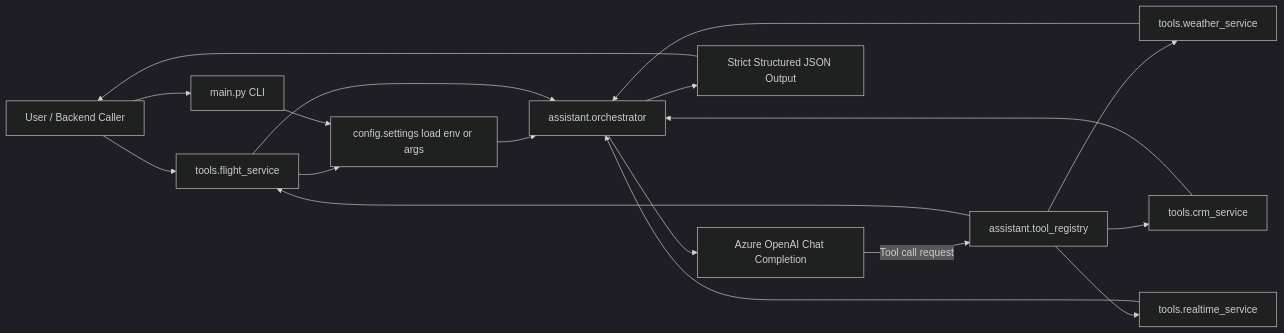
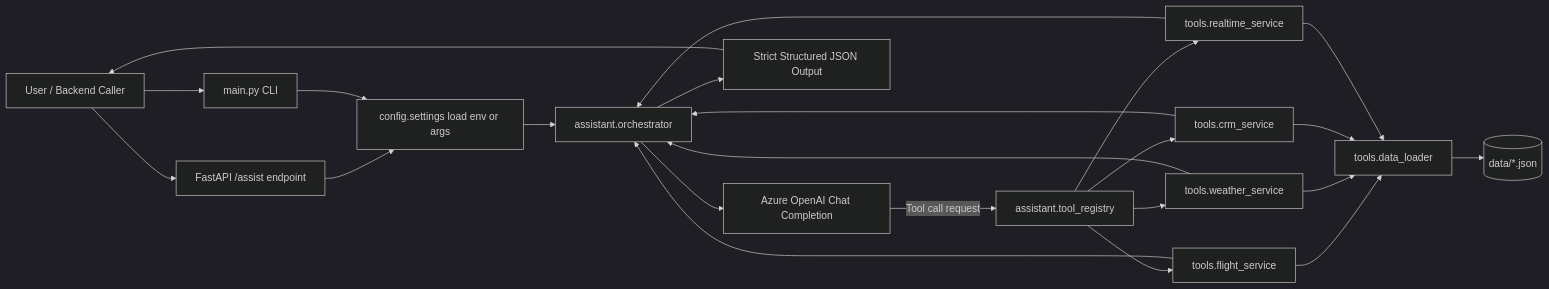
Before and after one commit to scgiri/azure-ai-assistant: the diagram in docs/ARCHITECTURE.md, drawn with Mermaid (dark theme). The commit also changed other lines of this file and 4 other files, not shown here.

````diff
--- a/docs/ARCHITECTURE.md
+++ b/docs/ARCHITECTURE.md
@@ -7,20 +7,25 @@
 ```mermaid
 flowchart LR
-    U[User / Backend Caller] --> F[FastAPI /assist endpoint]
+    U[User / Backend Caller] --> API[FastAPI /assist endpoint]
     U --> M[main.py CLI]
-    F --> C[config.settings load env or args]
+    API --> C[config.settings load env or args]
     M --> C
     C --> O[assistant.orchestrator]
     O --> AOAI[Azure OpenAI Chat Completion]
     AOAI -->|Tool call request| TR[assistant.tool_registry]
-    TR --> F[tools.flight_service]
-    TR --> W[tools.weather_service]
+    TR --> FS[tools.flight_service]
+    TR --> WS[tools.weather_service]
     TR --> CRM[tools.crm_service]
     TR --> RT[tools.realtime_service]
-    F --> O
-    W --> O
+    FS --> DL[tools.data_loader]
+    WS --> DL
+    CRM --> DL
+    RT --> DL
+    DL --> DATA[(data/*.json)]
+    FS --> O
+    WS --> O
     CRM --> O
     RT --> O
     O --> J[Strict Structured JSON Output]
     J --> U
 ```
````
